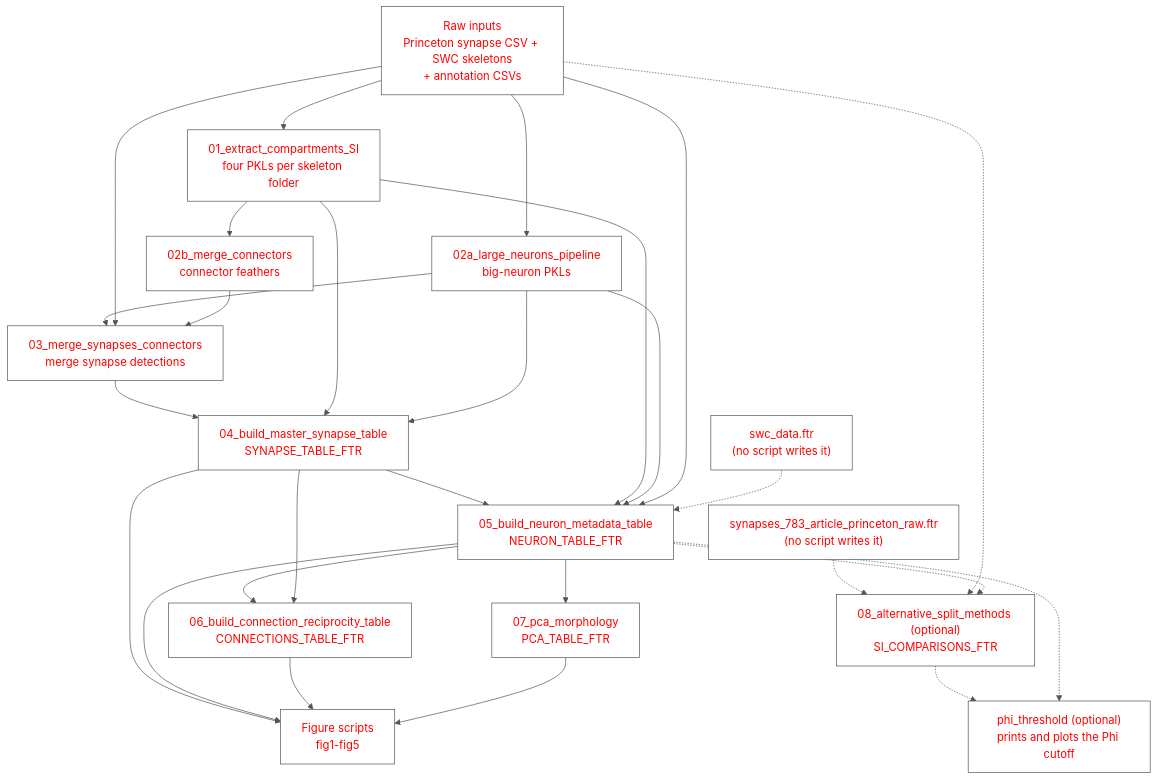
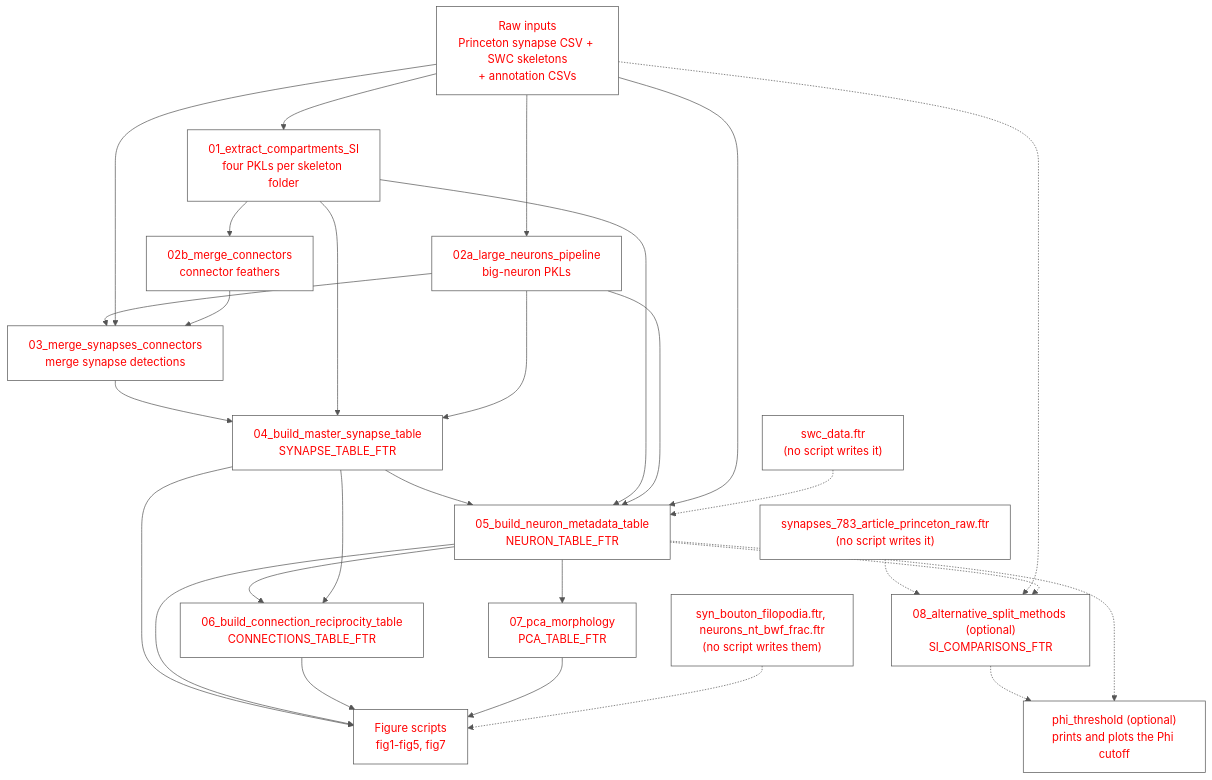
Before and after one commit to deutschlab/mixed-polarity-paper: the diagram in docs/pipeline_overview.md, drawn with Mermaid. The commit also changed 12 other files, not shown here.

First line of the commit message:
Add the Figure 7 filopodia scripts

````diff
--- a/docs/pipeline_overview.md
+++ b/docs/pipeline_overview.md
@@ -14,42 +14,43 @@
 ```mermaid
 %%{init: {'theme': 'base', 'themeVariables': {'primaryColor': '#ffffff', 'primaryTextColor': '#ff0000', 'primaryBorderColor': '#555555', 'lineColor': '#555555'}}}%%
 flowchart TD
     RAW["Raw inputs\nPrinceton synapse CSV + SWC skeletons\n+ annotation CSVs"]
     S01["01_extract_compartments_SI\nfour PKLs per skeleton folder"]
     S02A["02a_large_neurons_pipeline\nbig-neuron PKLs"]
     S02B["02b_merge_connectors\nconnector feathers"]
     S03["03_merge_synapses_connectors\nmerge synapse detections"]
     S04["04_build_master_synapse_table\nSYNAPSE_TABLE_FTR"]
     S05["05_build_neuron_metadata_table\nNEURON_TABLE_FTR"]
     S06["06_build_connection_reciprocity_table\nCONNECTIONS_TABLE_FTR"]
     S07["07_pca_morphology\nPCA_TABLE_FTR"]
     S08["08_alternative_split_methods (optional)\nSI_COMPARISONS_FTR"]
-    FIGS["Figure scripts\nfig1-fig5"]
+    FIGS["Figure scripts\nfig1-fig5, fig7"]
 
     RAW --> S01
     RAW --> S02A
     S01 --> S02B
     S02A --> S03
     RAW --> S03
     S02B --> S03
     S03 --> S04
     S01 --> S04
     S02A --> S04
     S04 --> S05
     S01 --> S05
     S02A --> S05
     RAW --> S05
     S05 --> S06
     S04 --> S06
     S05 --> S07
     S04 --> FIGS
     S05 --> FIGS
     S06 --> FIGS
     S07 --> FIGS
     SYNRAW["synapses_783_article_princeton_raw.ftr\n(no script writes it)"] -.-> S08
     SWCDATA["swc_data.ftr\n(no script writes it)"] -.-> S05
+    FILO["syn_bouton_filopodia.ftr, neurons_nt_bwf_frac.ftr\n(no script writes them)"] -.-> FIGS
     RAW -.-> S08
     S05 -.-> S08
     S08 -.-> PHI["phi_threshold (optional)\nprints and plots the Phi cutoff"]
     S05 -.-> PHI
 ```
````
